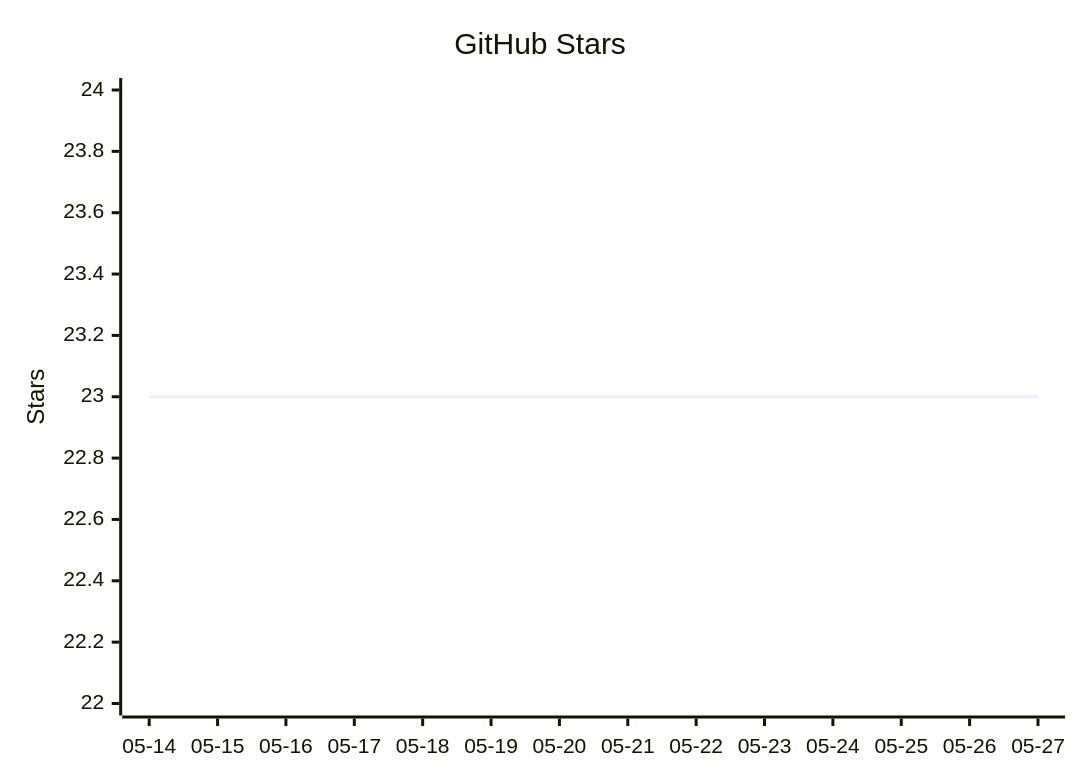
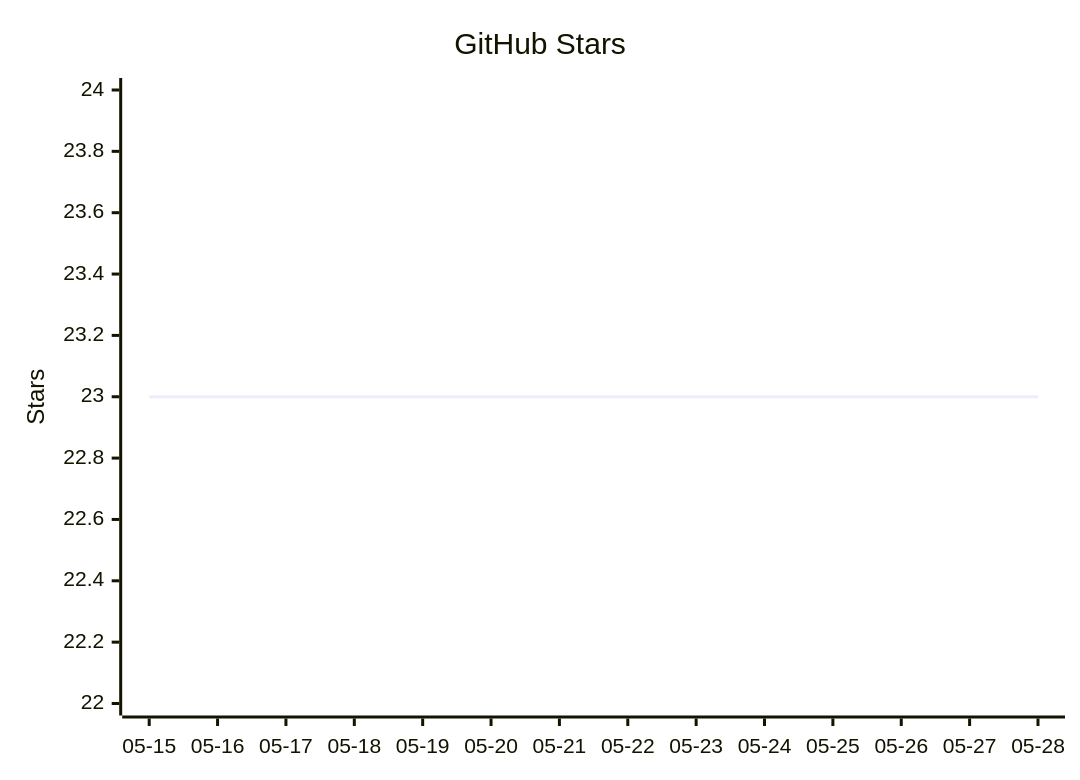
One commit to vectie/moonclaw changed the diagram in README.mbt.md. Above: the diagram before and after it, drawn with Mermaid. The commit also changed other lines of this file and 1 other file, not shown here.

Commit message:
Update README star growth

````diff
--- a/README.mbt.md
+++ b/README.mbt.md
@@ -490,7 +490,7 @@
 ```mermaid
 xychart-beta
     title "GitHub Stars"
-    x-axis ["05-14","05-15","05-16","05-17","05-18","05-19","05-20","05-21","05-22","05-23","05-24","05-25","05-26","05-27"]
+    x-axis ["05-15","05-16","05-17","05-18","05-19","05-20","05-21","05-22","05-23","05-24","05-25","05-26","05-27","05-28"]
     y-axis "Stars" 22 --> 24
     line [23,23,23,23,23,23,23,23,23,23,23,23,23,23]
 ```
````
